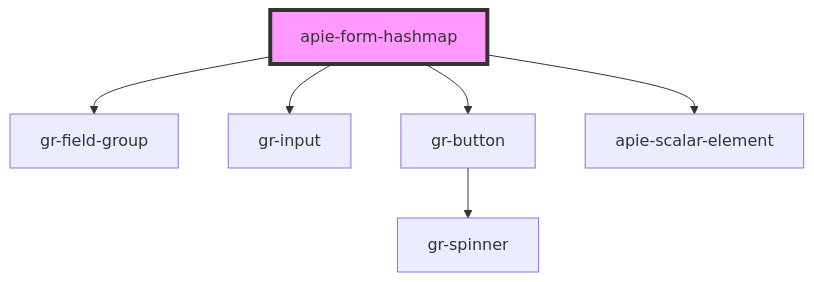
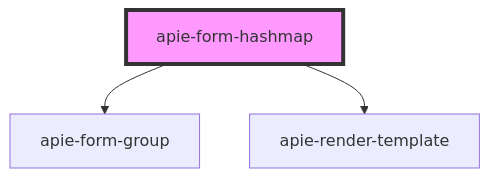
The diagram in src/components/apie-form-hashmap/readme.md (apie-lib/apie-form-elements), drawn with Mermaid before and after one commit. The commit also changed other lines of this file and 84 other files, not shown here.

Commit message:
temporary merge of apie-design-system and apie-form-elements

````diff
--- a/src/components/apie-form-hashmap/readme.md
+++ b/src/components/apie-form-hashmap/readme.md
@@ -36,9 +35,6 @@
 ```mermaid
 graph TD;
-  apie-form-hashmap --> gr-field-group
-  apie-form-hashmap --> gr-input
-  apie-form-hashmap --> gr-button
-  apie-form-hashmap --> apie-scalar-element
-  gr-button --> gr-spinner
+  apie-form-hashmap --> apie-form-group
+  apie-form-hashmap --> apie-render-template
   style apie-form-hashmap fill:#f9f,stroke:#333,stroke-width:4px
 ```
````
